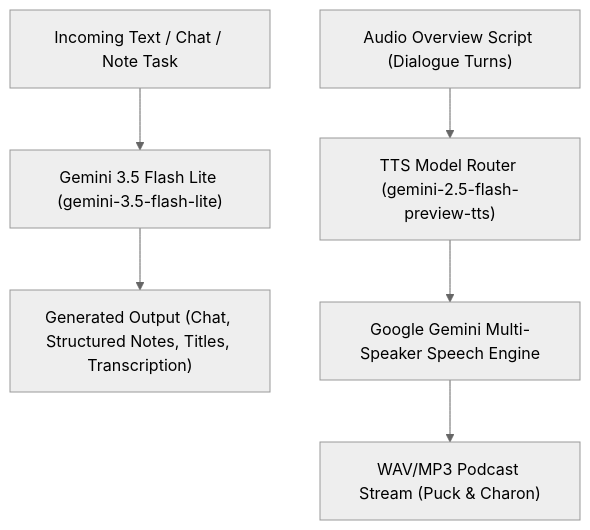
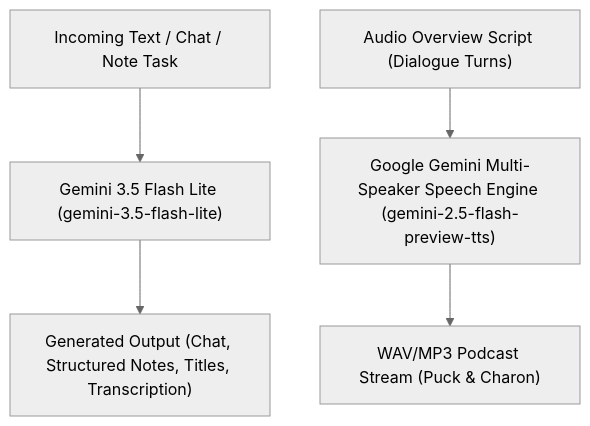
The third of 6 diagrams in ARCHITECTURE.md (shakibzcv/infera-notebook), drawn with Mermaid (neutral theme) before and after one commit. The commit also changed other lines of this file and 14 other files, not shown here.

Commit message:
refactor: streamline AI model architecture; remove dynamic routing and fallback chains; update model references and constants

````diff
--- a/ARCHITECTURE.md
+++ b/ARCHITECTURE.md
@@ -191,9 +187,8 @@
 ```mermaid
 flowchart TD
     Prompt["Incoming Text / Chat / Note Task"] --> Model["Gemini 3.5 Flash Lite (gemini-3.5-flash-lite)"]
     Model --> Output["Generated Output (Chat, Structured Notes, Titles, Transcription)"]
 
-    TTSPrompt["Audio Overview Script (Dialogue Turns)"] --> TTSRouter["TTS Model Router (gemini-2.5-flash-preview-tts)"]
-    TTSRouter --> MultiSpeakerTTS["Google Gemini Multi-Speaker Speech Engine"]
+    TTSPrompt["Audio Overview Script (Dialogue Turns)"] --> MultiSpeakerTTS["Google Gemini Multi-Speaker Speech Engine (gemini-2.5-flash-preview-tts)"]
     MultiSpeakerTTS --> AudioOutput["WAV/MP3 Podcast Stream (Puck & Charon)"]
 ```
````
